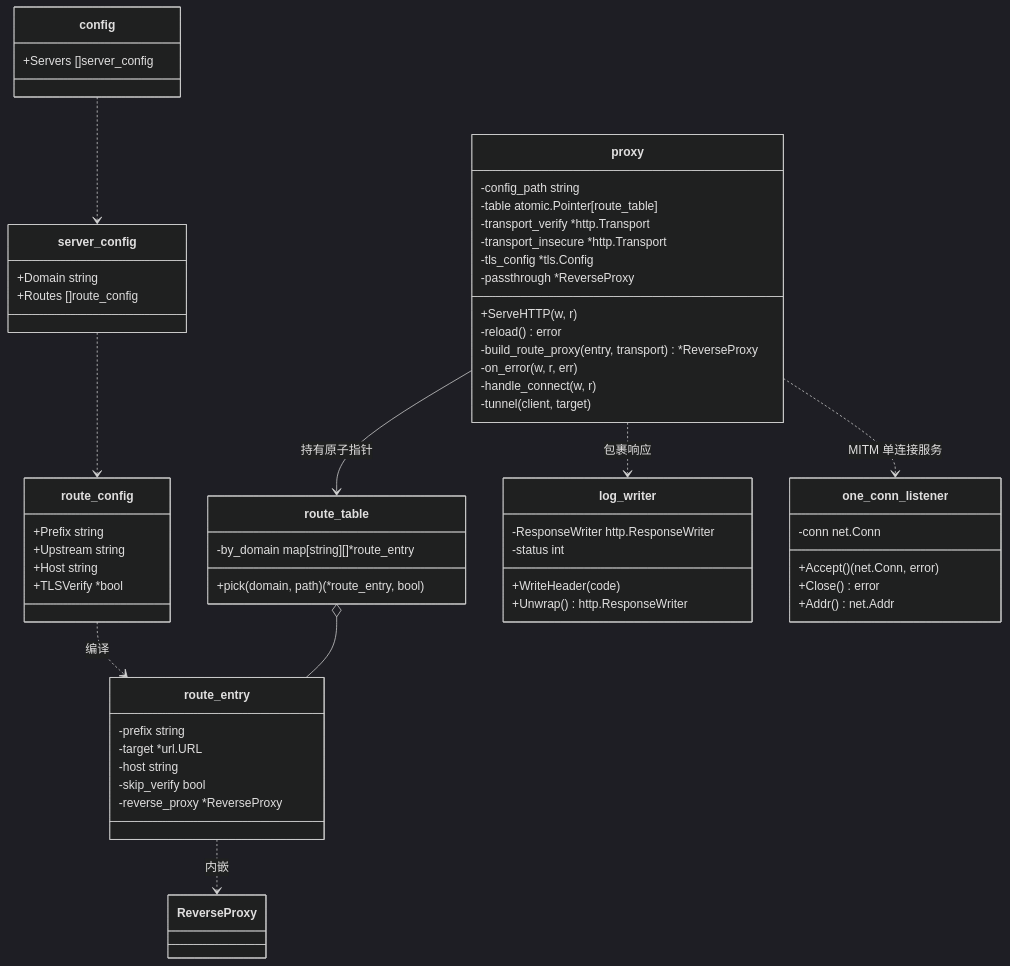
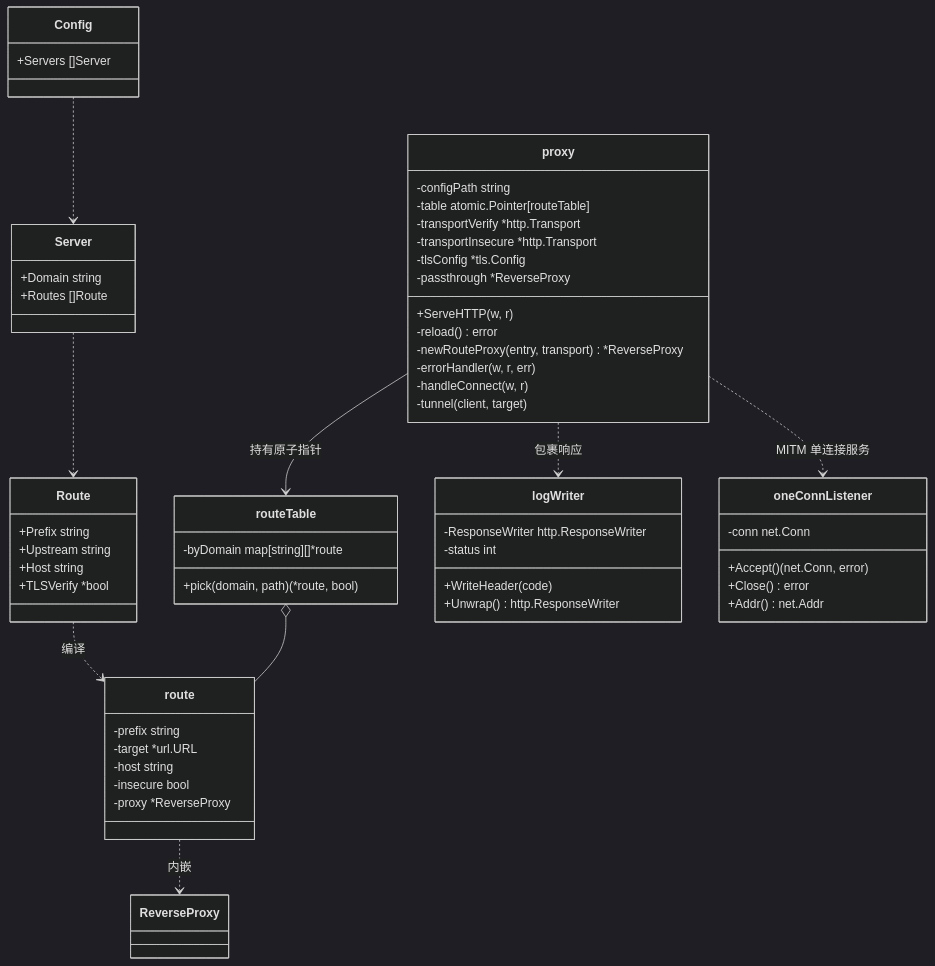
One commit to isunk/MyReverseProxy changed the second of 4 diagrams in .monkeycode/specs/mrp/design.md. Above: the diagram before and after it, drawn with Mermaid (dark theme). The commit also changed other lines of this file and 8 other files, not shown here.

````diff
--- a/.monkeycode/specs/mrp/design.md
+++ b/.monkeycode/specs/mrp/design.md
@@ -115,62 +115,62 @@
 ```mermaid
 classDiagram
-    class config {
-        +Servers []server_config
+    class Config {
+        +Servers []Server
     }
-    class server_config {
+    class Server {
         +Domain string
-        +Routes []route_config
+        +Routes []Route
     }
-    class route_config {
+    class Route {
         +Prefix string
         +Upstream string
         +Host string
         +TLSVerify *bool
     }
-    class route_entry {
+    class route {
         -prefix string
         -target *url.URL
         -host string
-        -skip_verify bool
-        -reverse_proxy *ReverseProxy
+        -insecure bool
+        -proxy *ReverseProxy
     }
-    class route_table {
-        -by_domain map[string][]*route_entry
-        +pick(domain, path) (*route_entry, bool)
+    class routeTable {
+        -byDomain map[string][]*route
+        +pick(domain, path) (*route, bool)
     }
     class proxy {
-        -config_path string
-        -table atomic.Pointer[route_table]
-        -transport_verify *http.Transport
-        -transport_insecure *http.Transport
-        -tls_config *tls.Config
+        -configPath string
+        -table atomic.Pointer[routeTable]
+        -transportVerify *http.Transport
+        -transportInsecure *http.Transport
+        -tlsConfig *tls.Config
         -passthrough *ReverseProxy
         +ServeHTTP(w, r)
         -reload() error
-        -build_route_proxy(entry, transport) *ReverseProxy
-        -on_error(w, r, err)
-        -handle_connect(w, r)
+        -newRouteProxy(entry, transport) *ReverseProxy
+        -errorHandler(w, r, err)
+        -handleConnect(w, r)
         -tunnel(client, target)
     }
-    class log_writer {
+    class logWriter {
         -ResponseWriter http.ResponseWriter
         -status int
         +WriteHeader(code)
         +Unwrap() http.ResponseWriter
     }
-    class one_conn_listener {
+    class oneConnListener {
         -conn net.Conn
         +Accept() (net.Conn, error)
         +Close() error
         +Addr() net.Addr
     }
 
-    config ..> server_config
-    server_config ..> route_config
-    route_config ..> route_entry : 编译
-    route_table o-- route_entry
-    proxy --> route_table : 持有原子指针
-    proxy ..> log_writer : 包裹响应
-    proxy ..> one_conn_listener : MITM 单连接服务
-    route_entry ..> ReverseProxy : 内嵌
+    Config ..> Server
+    Server ..> Route
+    Route ..> route : 编译
+    routeTable o-- route
+    proxy --> routeTable : 持有原子指针
+    proxy ..> logWriter : 包裹响应
+    proxy ..> oneConnListener : MITM 单连接服务
+    route ..> ReverseProxy : 内嵌
 ```
````
